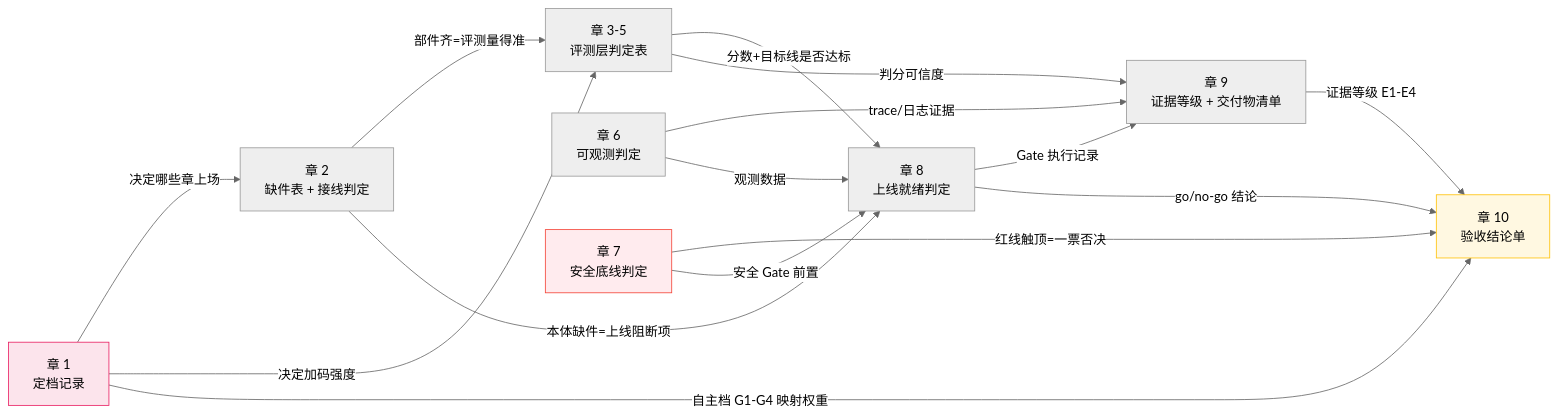
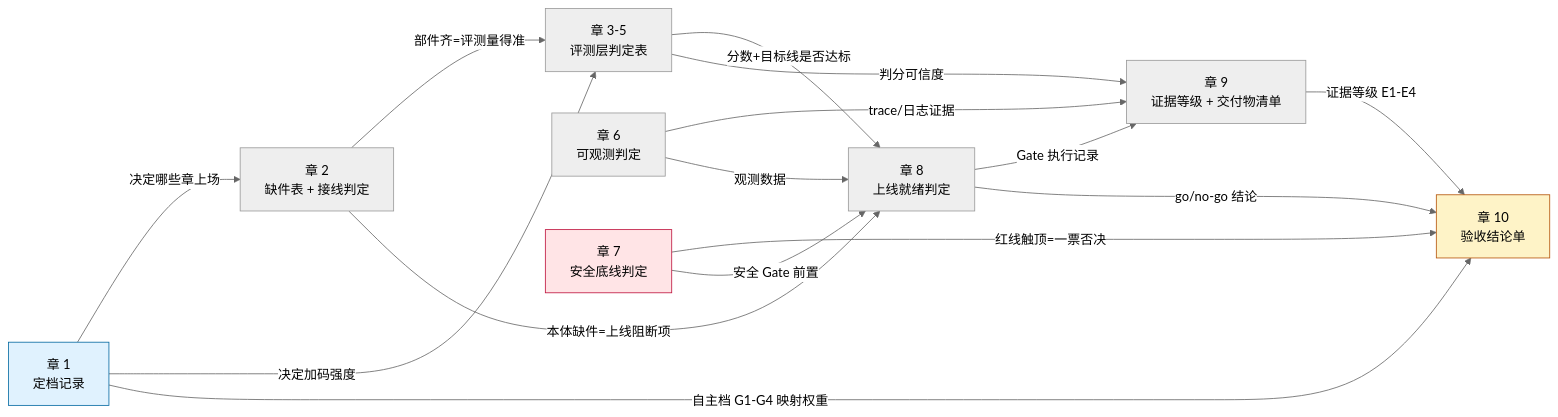
The diagram in docs/02-章间依赖与数据流.md (LPK3215/agent-acceptance), drawn with Mermaid (neutral theme) before and after one commit. The commit also changed 10 other files, not shown here.

````diff
--- a/docs/02-章间依赖与数据流.md
+++ b/docs/02-章间依赖与数据流.md
@@ -10,36 +10,36 @@
 ```mermaid
 flowchart LR
     CH1["章 1<br/>定档记录"]
     CH2["章 2<br/>缺件表 + 接线判定"]
     CH35["章 3-5<br/>评测层判定表"]
     CH6["章 6<br/>可观测判定"]
     CH7["章 7<br/>安全底线判定"]
     CH8["章 8<br/>上线就绪判定"]
     CH9["章 9<br/>证据等级 + 交付物清单"]
     CH10["章 10<br/>验收结论单"]
 
     CH1 -->|"决定哪些章上场"| CH2
     CH1 -->|"决定加码强度"| CH35
     CH1 -->|"自主档 G1-G4 映射权重"| CH10
 
     CH2 -->|"部件齐=评测量得准"| CH35
     CH2 -->|"本体缺件=上线阻断项"| CH8
 
     CH35 -->|"分数+目标线是否达标"| CH8
     CH35 -->|"判分可信度"| CH9
 
     CH6 -->|"trace/日志证据"| CH9
     CH6 -->|"观测数据"| CH8
 
     CH7 -->|"红线触顶=一票否决"| CH10
     CH7 -->|"安全 Gate 前置"| CH8
 
     CH8 -->|"Gate 执行记录"| CH9
     CH8 -->|"go/no-go 结论"| CH10
 
     CH9 -->|"证据等级 E1-E4"| CH10
 
-    style CH1 fill:#fce4ec,stroke:#E91E63
-    style CH7 fill:#ffebee,stroke:#F44336
-    style CH10 fill:#fff8e1,stroke:#FFC107
+    style CH1 fill:#e0f2fe,stroke:#0369a1
+    style CH7 fill:#ffe4e6,stroke:#be123c
+    style CH10 fill:#fef3c7,stroke:#b45309
 ```
````
